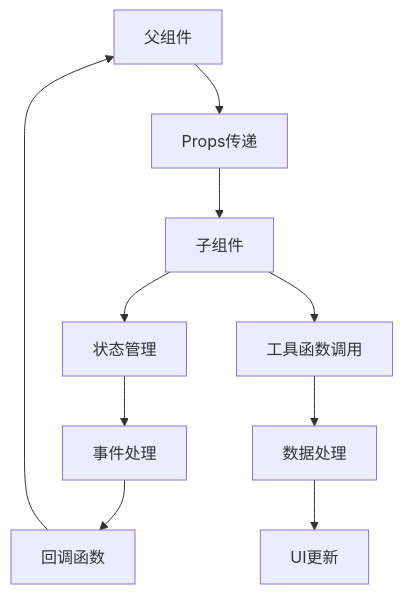
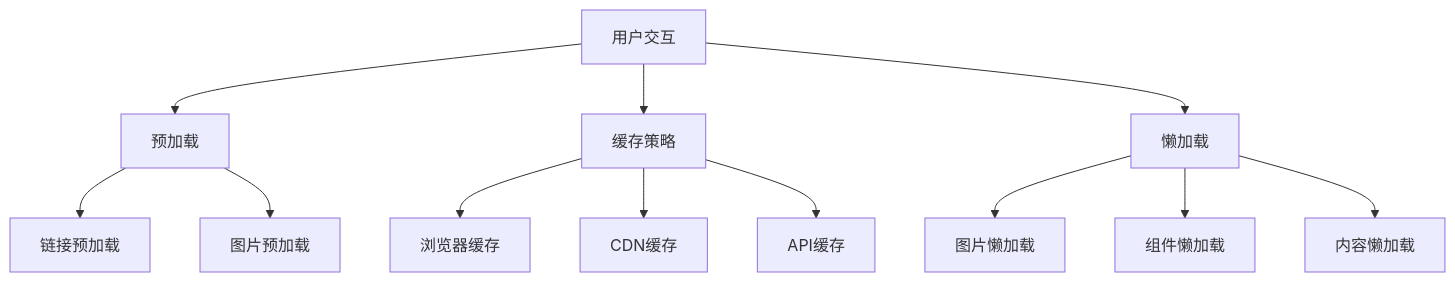
Before and after one commit to GItHub-Liu1996/web6: diagram 14 of 14 in docs/CODE_ARCHITECTURE.md, drawn with Mermaid. The commit also changed other lines of this file and 2 other files, not shown here.

First line of the commit message:
docs: 更新代码架构和交互拓扑图文档

````diff
--- a/docs/CODE_ARCHITECTURE.md
+++ b/docs/CODE_ARCHITECTURE.md
@@ -361,13 +538,17 @@
 ```mermaid
 graph TD
-    A[父组件] --> B[Props传递]
-    B --> C[子组件]
-    C --> D[状态管理]
-    D --> E[事件处理]
-    E --> F[回调函数]
-    F --> A
+    A[用户交互] --> B[预加载]
+    A --> C[缓存策略]
+    A --> D[懒加载]
     
-    C --> G[工具函数调用]
-    G --> H[数据处理]
-    H --> I[UI更新]
+    B --> E[链接预加载]
+    B --> F[图片预加载]
+    
+    C --> G[浏览器缓存]
+    C --> H[CDN缓存]
+    C --> I[API缓存]
+    
+    D --> J[图片懒加载]
+    D --> K[组件懒加载]
+    D --> L[内容懒加载]
 ```
````
